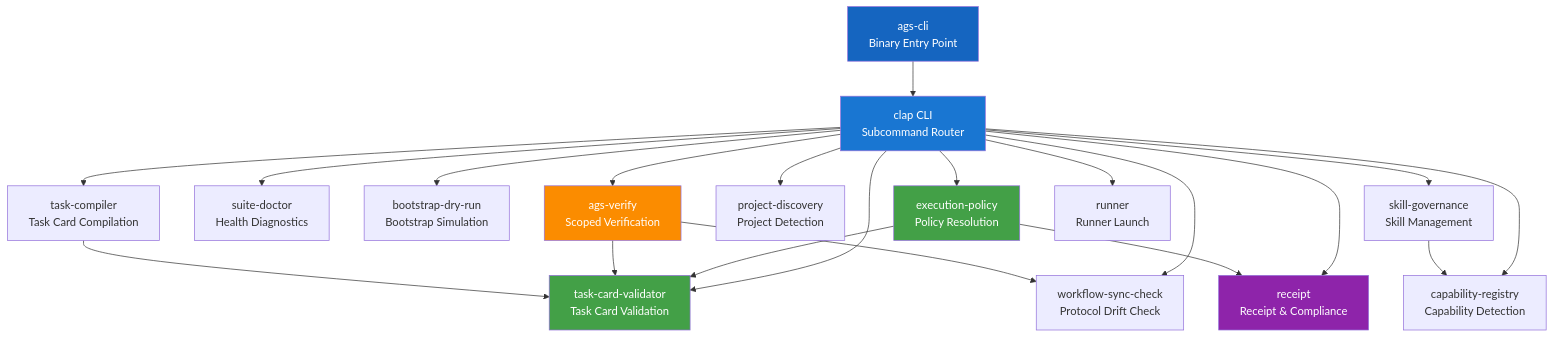
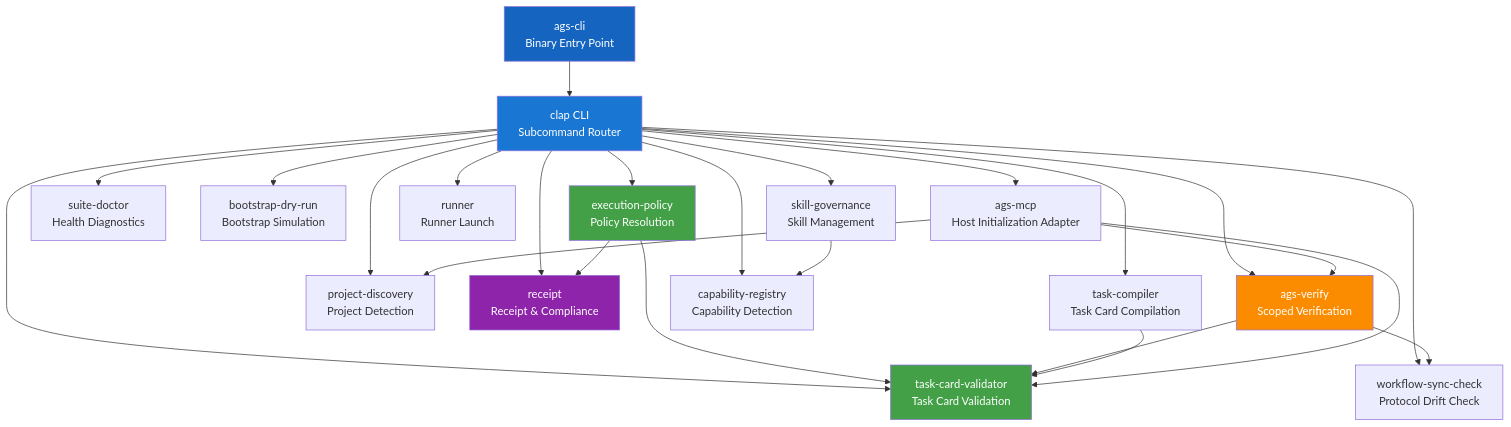
Before and after one commit to FernandeZ-hjm/Agent-General-Staff: the second of 5 diagrams in docs/architecture.md, drawn with Mermaid. The commit also changed other lines of this file and 5 other files, not shown here.

Commit message:
docs: align architecture with AGS MCP gate

````diff
--- a/docs/architecture.md
+++ b/docs/architecture.md
@@ -73,30 +82,34 @@
 ```mermaid
 graph TD
     A[ags-cli<br/>Binary Entry Point] --> B[clap CLI<br/>Subcommand Router]
     B --> C1[task-card-validator<br/>Task Card Validation]
     B --> C2[execution-policy<br/>Policy Resolution]
     B --> C3[suite-doctor<br/>Health Diagnostics]
     B --> C4[bootstrap-dry-run<br/>Bootstrap Simulation]
     B --> C5[workflow-sync-check<br/>Protocol Drift Check]
     B --> C6[ags-verify<br/>Scoped Verification]
     B --> C7[project-discovery<br/>Project Detection]
     B --> C8[receipt<br/>Receipt & Compliance]
     B --> C9[task-compiler<br/>Task Card Compilation]
     B --> C10[skill-governance<br/>Skill Management]
     B --> C11[capability-registry<br/>Capability Detection]
     B --> C12[runner<br/>Runner Launch]
+    B --> C13[ags-mcp<br/>Host Initialization Adapter]
 
     C2 --> C1
     C2 --> C8
     C6 --> C1
     C6 --> C5
     C9 --> C1
     C10 --> C11
+    C13 --> C7
+    C13 --> C1
+    C13 --> C6
 
     style A fill:#1565c0,color:#fff
     style B fill:#1976d2,color:#fff
     style C1 fill:#43a047,color:#fff
     style C2 fill:#43a047,color:#fff
     style C6 fill:#fb8c00,color:#fff
     style C8 fill:#8e24aa,color:#fff
 ```
````
